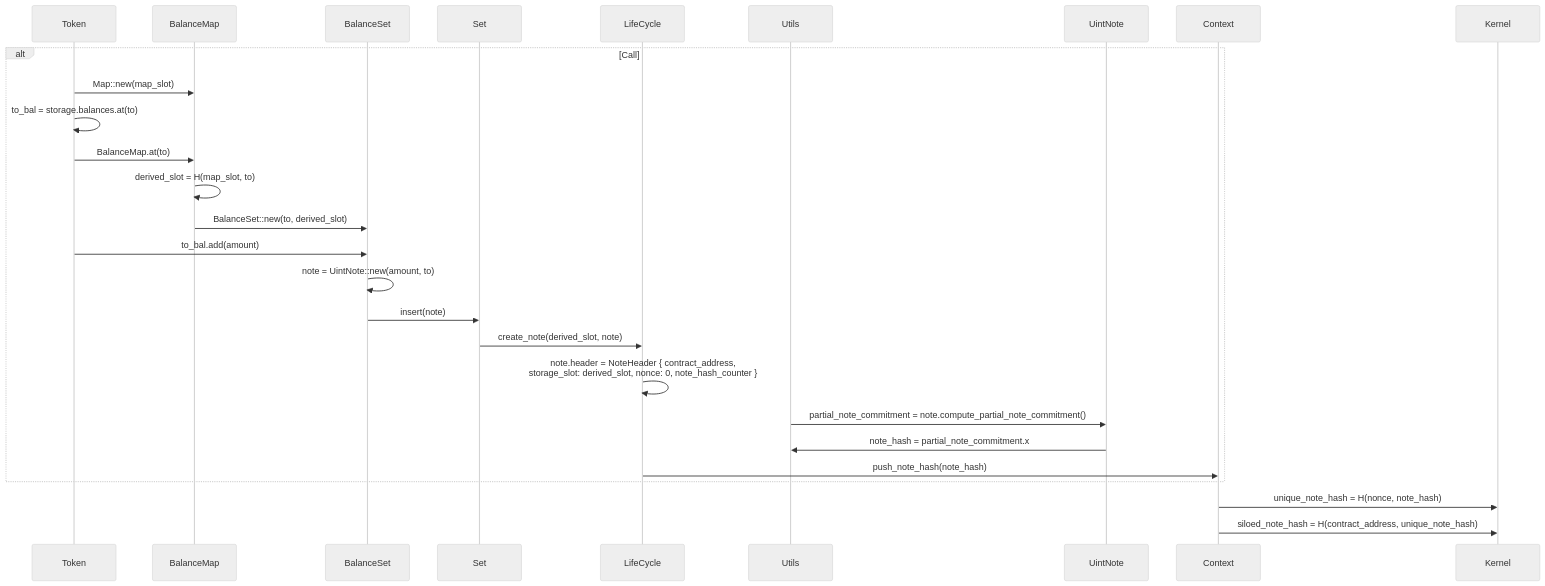
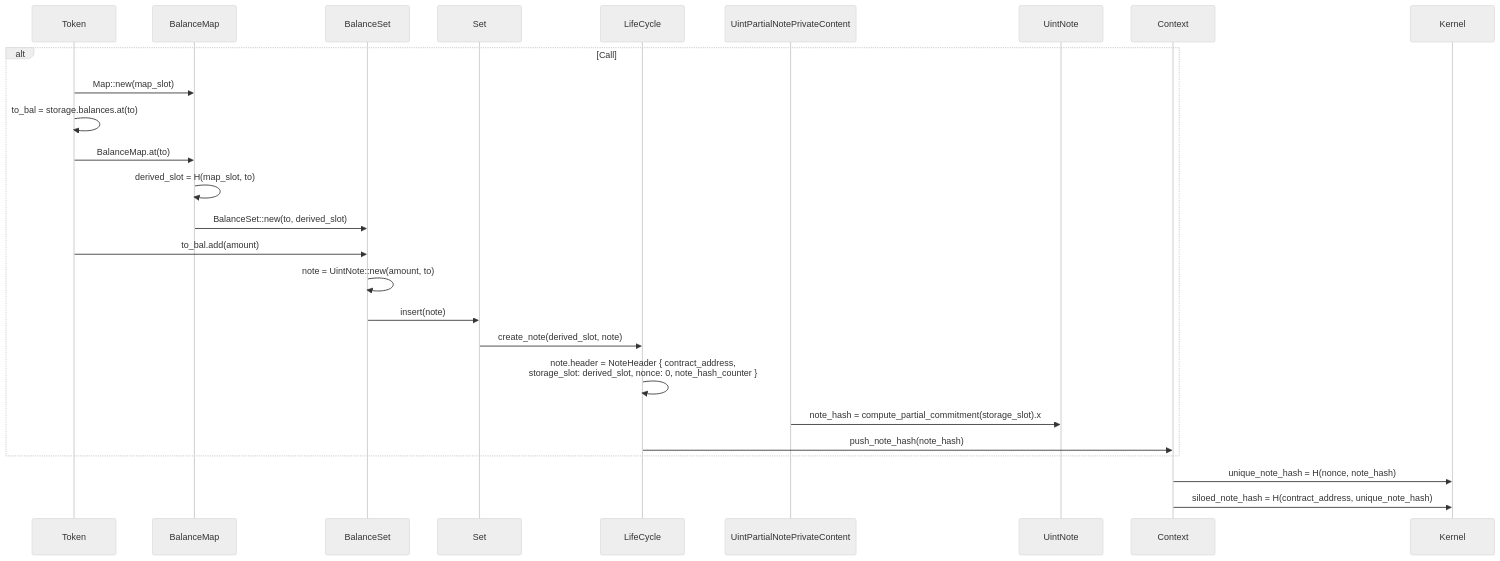
One commit to AztecProtocol/aztec-packages changed the diagram in docs/versioned_docs/version-v0.86.0/developers/guides/smart_contracts/writing_contracts/storage/storage_slots.md. Above: the diagram before and after it, drawn with Mermaid (neutral theme). The commit also changed 9 other files, not shown here.

````diff
--- a/docs/versioned_docs/version-v0.86.0/developers/guides/smart_contracts/writing_contracts/storage/storage_slots.md
+++ b/docs/versioned_docs/version-v0.86.0/developers/guides/smart_contracts/writing_contracts/storage/storage_slots.md
@@ -29,20 +29,19 @@
 ```mermaid
 sequenceDiagram
     alt Call
     Token->>BalanceMap: Map::new(map_slot);
     Token->>Token: to_bal = storage.balances.at(to)
     Token->>BalanceMap: BalanceMap.at(to)
     BalanceMap->>BalanceMap: derived_slot = H(map_slot, to)
     BalanceMap->>BalanceSet: BalanceSet::new(to, derived_slot)
     Token->>BalanceSet: to_bal.add(amount)
     BalanceSet->>BalanceSet: note = UintNote::new(amount, to)
     BalanceSet->>Set: insert(note)
     Set->>LifeCycle: create_note(derived_slot, note)
     LifeCycle->>LifeCycle: note.header = NoteHeader { contract_address, <br> storage_slot: derived_slot, nonce: 0, note_hash_counter }
-    Utils->>UintNote: partial_note_commitment = note.compute_partial_note_commitment()
-    UintNote->>Utils: note_hash = partial_note_commitment.x
+    UintPartialNotePrivateContent->>UintNote: note_hash = compute_partial_commitment(storage_slot).x
     LifeCycle->>Context: push_note_hash(note_hash)
     end
     Context->>Kernel: unique_note_hash = H(nonce, note_hash)
     Context->>Kernel: siloed_note_hash = H(contract_address, unique_note_hash)
 ```
````
